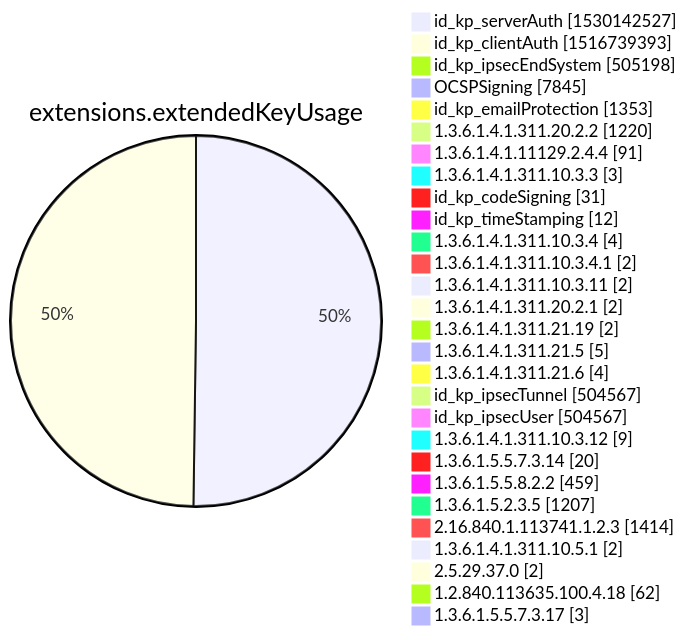
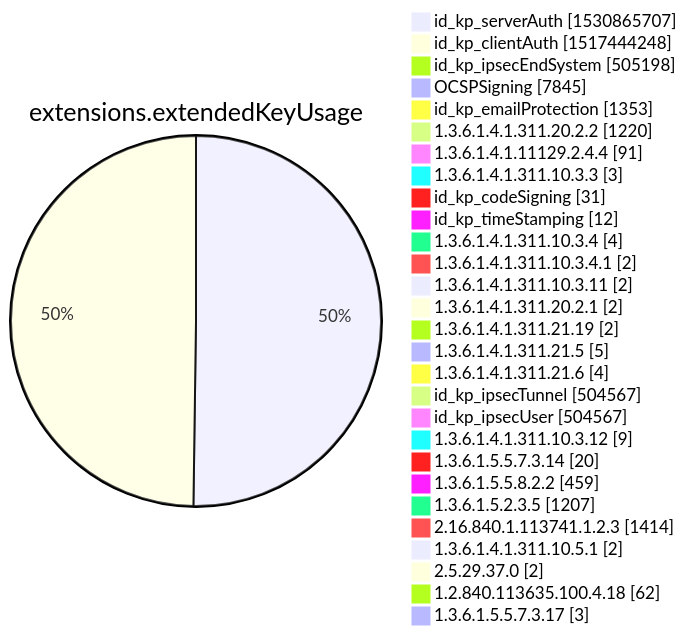
Before and after one commit to christiankrug/ctmonitor_visualization: diagram 12 of 15 in xenon2022/README.md, drawn with Mermaid. The commit also changed other lines of this file, not shown here.

````diff
--- a/xenon2022/README.md
+++ b/xenon2022/README.md
@@ -3878,32 +3879,32 @@
 ```mermaid
 pie showData
 title extensions.extendedKeyUsage
-"id_kp_serverAuth" :1530142527
-"id_kp_clientAuth" :1516739393
+"id_kp_serverAuth" :1530865707
+"id_kp_clientAuth" :1517444248
 "id_kp_ipsecEndSystem" :505198
 "OCSPSigning" :7845
 "id_kp_emailProtection" :1353
 "1.3.6.1.4.1.311.20.2.2" :1220
 "1.3.6.1.4.1.11129.2.4.4" :91
 "1.3.6.1.4.1.311.10.3.3" :3
 "id_kp_codeSigning" :31
 "id_kp_timeStamping" :12
 "1.3.6.1.4.1.311.10.3.4" :4
 "1.3.6.1.4.1.311.10.3.4.1" :2
 "1.3.6.1.4.1.311.10.3.11" :2
 "1.3.6.1.4.1.311.20.2.1" :2
 "1.3.6.1.4.1.311.21.19" :2
 "1.3.6.1.4.1.311.21.5" :5
 "1.3.6.1.4.1.311.21.6" :4
 "id_kp_ipsecTunnel" :504567
 "id_kp_ipsecUser" :504567
 "1.3.6.1.4.1.311.10.3.12" :9
 "1.3.6.1.5.5.7.3.14" :20
 "1.3.6.1.5.5.8.2.2" :459
 "1.3.6.1.5.2.3.5" :1207
 "2.16.840.1.113741.1.2.3" :1414
 "1.3.6.1.4.1.311.10.5.1" :2
 "2.5.29.37.0" :2
 "1.2.840.113635.100.4.18" :62
 "1.3.6.1.5.5.7.3.17" :3
 ```
````
